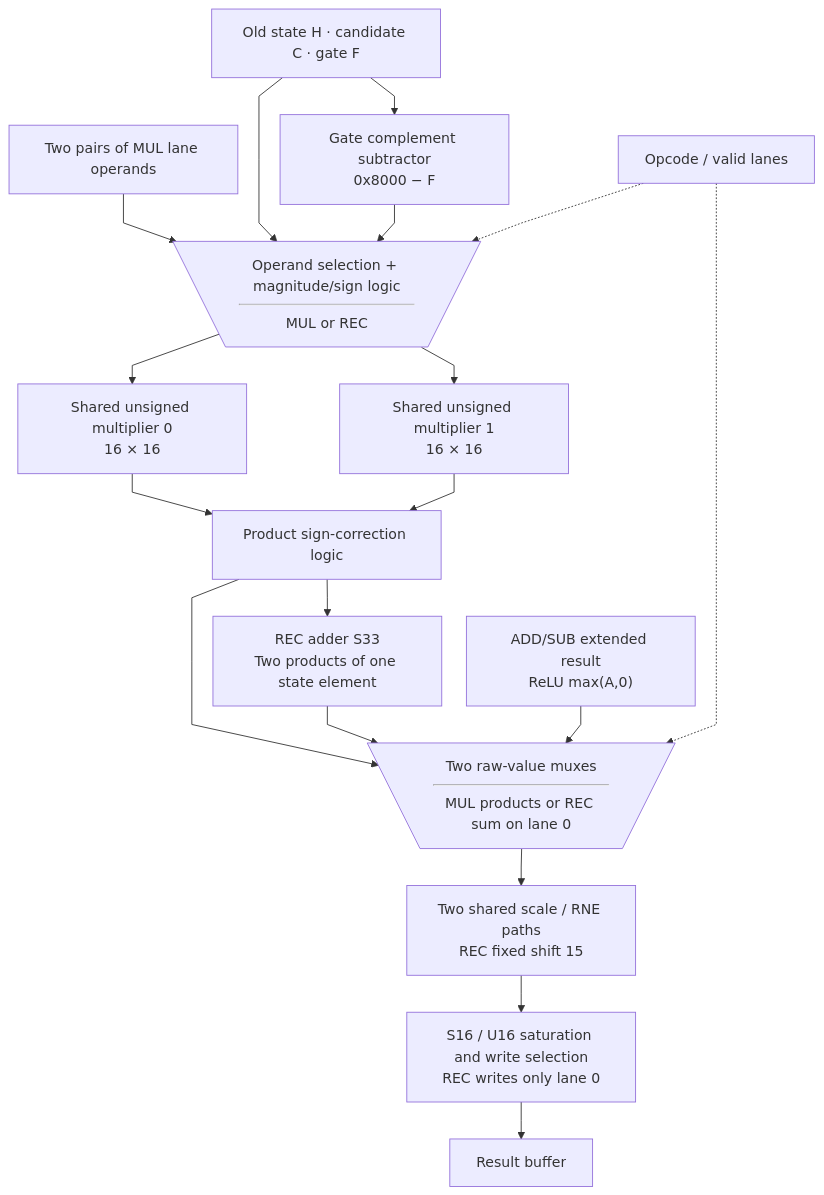
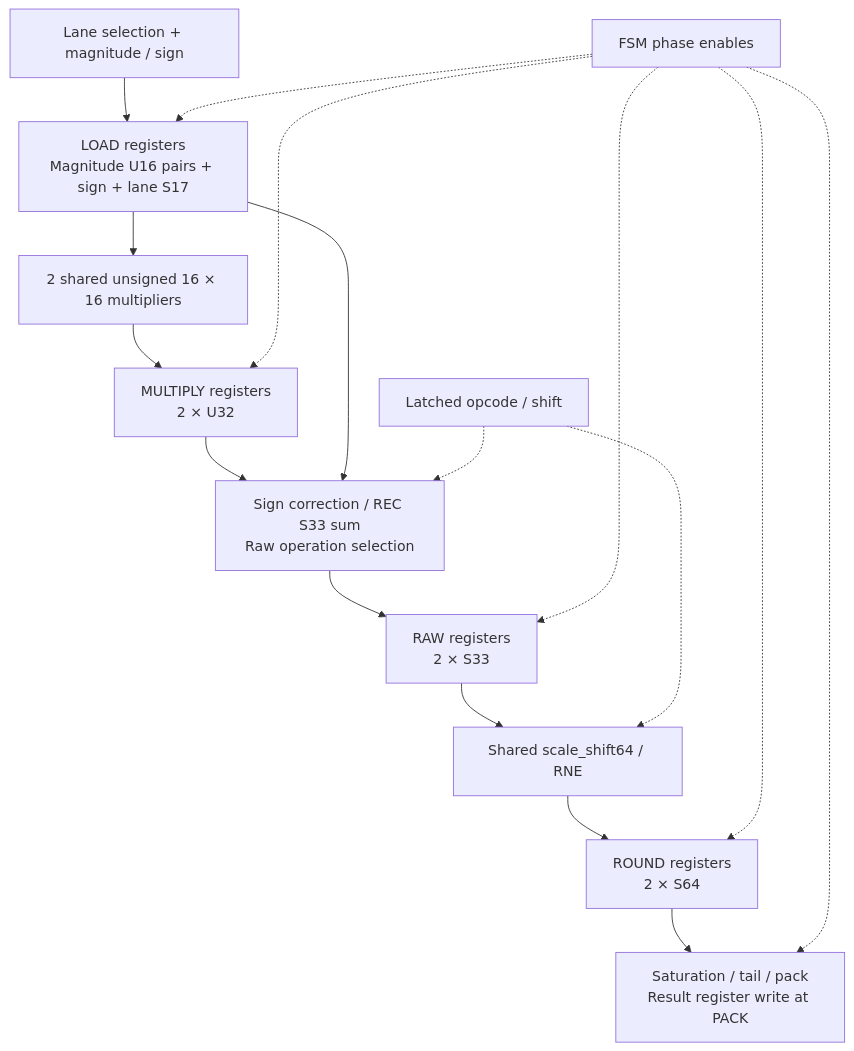
One commit to nguyennhutkhanhtom/NPU changed the second of 2 diagrams in docs/source_guide/blocks/rowwise_op.sv.md. Above: the diagram before and after it, drawn with Mermaid. The commit also changed other lines of this file and 608 other files, not shown here.

Commit message:
Implement autonomous RTL language graph with verified units and timing evidence

````diff
--- a/docs/source_guide/blocks/rowwise_op.sv.md
+++ b/docs/source_guide/blocks/rowwise_op.sv.md
@@ -214,21 +270,19 @@
 ```mermaid
 flowchart TB
-%%{init: {"flowchart": {"subGraphTitleMargin": {"top": 8, "bottom": 20}, "nodeSpacing": 28, "rankSpacing": 42, "curve": "linear"}}}%%
-    MULIN["Two pairs of MUL lane operands"] --> MUX@{ shape: trap-t, label: "Operand selection + magnitude/sign logic<hr/>MUL or REC" }
-    RECIN["Old state H · candidate C · gate F"] --> MUX
-    RECIN --> COMP["Gate complement subtractor<br/>0x8000 − F"]
-    COMP --> MUX
-    OP["Opcode / valid lanes"] -.-> MUX
-    MUX --> M0["Shared unsigned multiplier 0<br/>16 × 16"]
-    MUX --> M1["Shared unsigned multiplier 1<br/>16 × 16"]
-    M0 --> SIGN["Product sign-correction logic"]
-    M1 --> SIGN
-    SIGN --> SUM["REC adder S33<br/>Two products of one state element"]
-    SIGN --> RMUX@{ shape: trap-t, label: "Two raw-value muxes<hr/>MUL products or REC sum on lane 0" }
-    SUM --> RMUX
-    OTHER["ADD/SUB extended result<br/>ReLU max(A,0)"] --> RMUX
-    OP -.-> RMUX
-    RMUX --> SCALE["Two shared scale / RNE paths<br/>REC fixed shift 15"]
-    SCALE --> SAT["S16 / U16 saturation and write selection<br/>REC writes only lane 0"]
-    SAT --> OUT["Result buffer"]
+    SELECT["Lane selection + magnitude / sign"] --> INREG["LOAD registers<br/>Magnitude U16 pairs + sign + lane S17"]
+    INREG --> MUL["2 shared unsigned 16 × 16 multipliers"]
+    MUL --> PREG["MULTIPLY registers<br/>2 × U32"]
+    PREG --> RAW["Sign correction / REC S33 sum<br/>Raw operation selection"]
+    INREG --> RAW
+    RAW --> RREG["RAW registers<br/>2 × S33"]
+    RREG --> RNE["Shared scale_shift64 / RNE"]
+    RNE --> SREG["ROUND registers<br/>2 × S64"]
+    SREG --> PACK["Saturation / tail / pack<br/>Result register write at PACK"]
+    OP["Latched opcode / shift"] -.-> RAW
+    OP -.-> RNE
+    CTRL["FSM phase enables"] -.-> INREG
+    CTRL -.-> PREG
+    CTRL -.-> RREG
+    CTRL -.-> SREG
+    CTRL -.-> PACK
 ```
````
